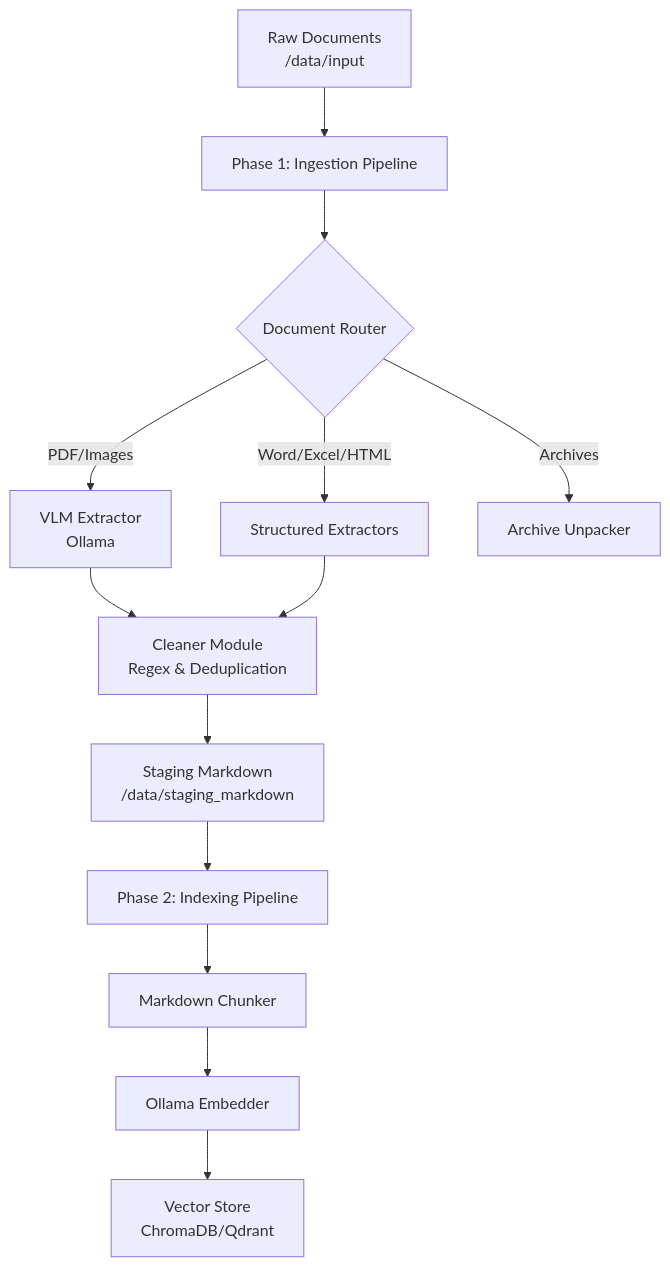
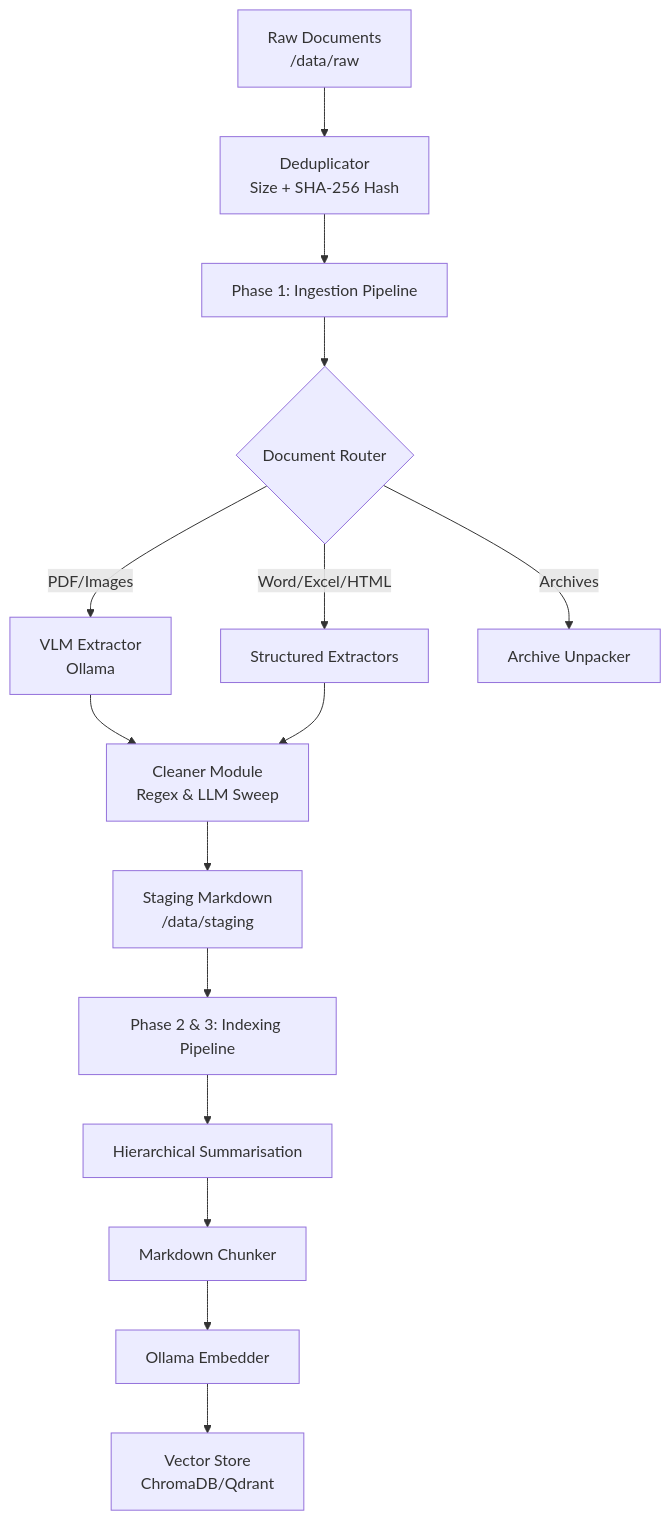
The diagram in README.md (CatoYang/RAG-Document-Ingester), drawn with Mermaid before and after one commit. The commit also changed other lines of this file, not shown here.

````diff
--- a/README.md
+++ b/README.md
@@ -28,19 +31,21 @@
 ```mermaid
 graph TD
-    A[Raw Documents\n/data/input] --> B[Phase 1: Ingestion Pipeline]
+    A[Raw Documents\n/data/raw] --> PRE[Deduplicator\nSize + SHA-256 Hash]
+    PRE --> B[Phase 1: Ingestion Pipeline]
     B --> C{Document Router}
     
     C -->|PDF/Images| D[VLM Extractor\nOllama]
     C -->|Word/Excel/HTML| E[Structured Extractors]
     C -->|Archives| F[Archive Unpacker]
     
-    D --> G[Cleaner Module\nRegex & Deduplication]
+    D --> G[Cleaner Module\nRegex & LLM Sweep]
     E --> G
     
-    G --> H[Staging Markdown\n/data/staging_markdown]
+    G --> H[Staging Markdown\n/data/staging]
     
-    H --> I[Phase 2: Indexing Pipeline]
-    I --> J[Markdown Chunker]
-    J --> K[Ollama Embedder]
-    K --> L[Vector Store\nChromaDB/Qdrant]
+    H --> I[Phase 2 & 3: Indexing Pipeline]
+    I --> J[Hierarchical Summarisation]
+    J --> K[Markdown Chunker]
+    K --> L[Ollama Embedder]
+    L --> M[Vector Store\nChromaDB/Qdrant]
 ```
````
